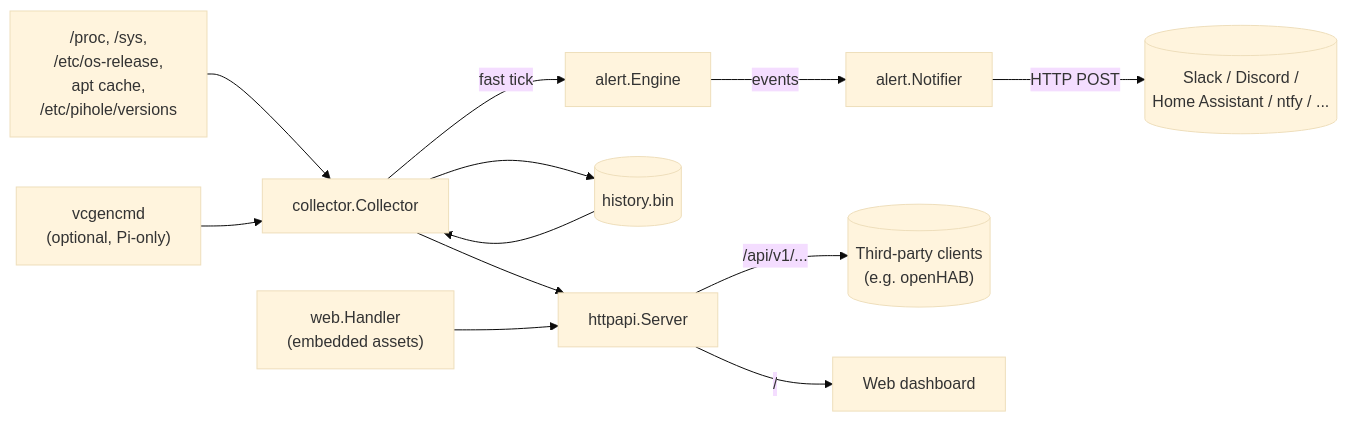
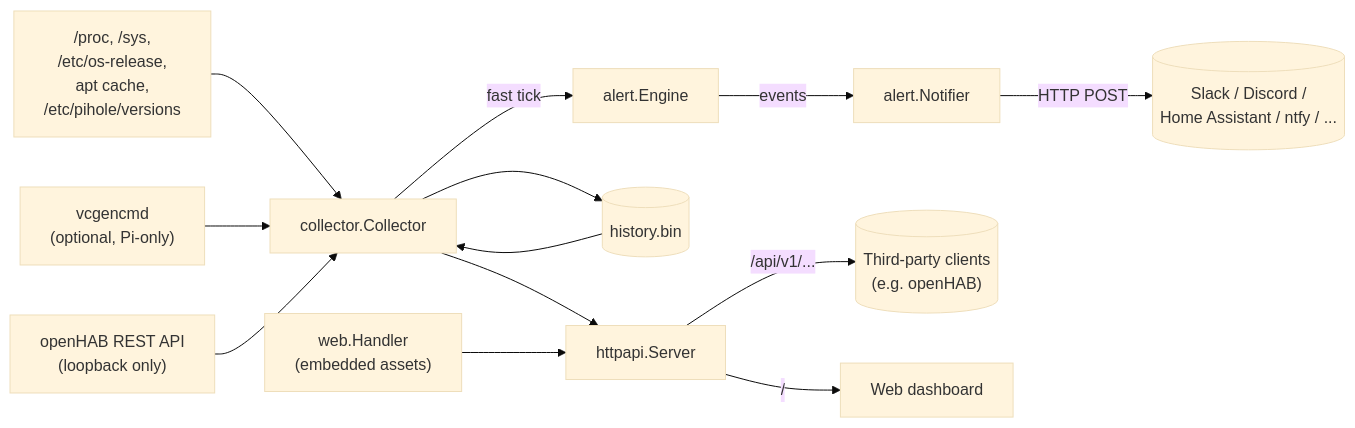
Before and after one commit to LarsLaskowski/PiMonitor: the diagram in docs/ARCHITECTURE.md, drawn with Mermaid (base theme). The commit also changed other lines of this file and 43 other files, not shown here.

Commit message:
[Collector] Show the local openHAB status in the dashboard (#257)

````diff
--- a/docs/ARCHITECTURE.md
+++ b/docs/ARCHITECTURE.md
@@ -36,14 +38,15 @@
 ```mermaid
 flowchart LR
     Proc["/proc, /sys,\n/etc/os-release,\napt cache,\n/etc/pihole/versions"] --> Collector[collector.Collector]
     VCGen["vcgencmd\n(optional, Pi-only)"] --> Collector
+    OH["openHAB REST API\n(loopback only)"] --> Collector
     Collector -->|fast tick| Alerts[alert.Engine]
     Alerts -->|events| Notifier[alert.Notifier]
     Notifier -->|HTTP POST| Webhooks[("Slack / Discord /\nHome Assistant / ntfy / ...")]
     Collector --> History[(history.bin)]
     History --> Collector
     Collector --> Server[httpapi.Server]
     Web["web.Handler\n(embedded assets)"] --> Server
     Server -->|"/api/v1/..."| Clients[("Third-party clients\n(e.g. openHAB)")]
     Server -->|"/"| Browser[Web dashboard]
 ```
````
